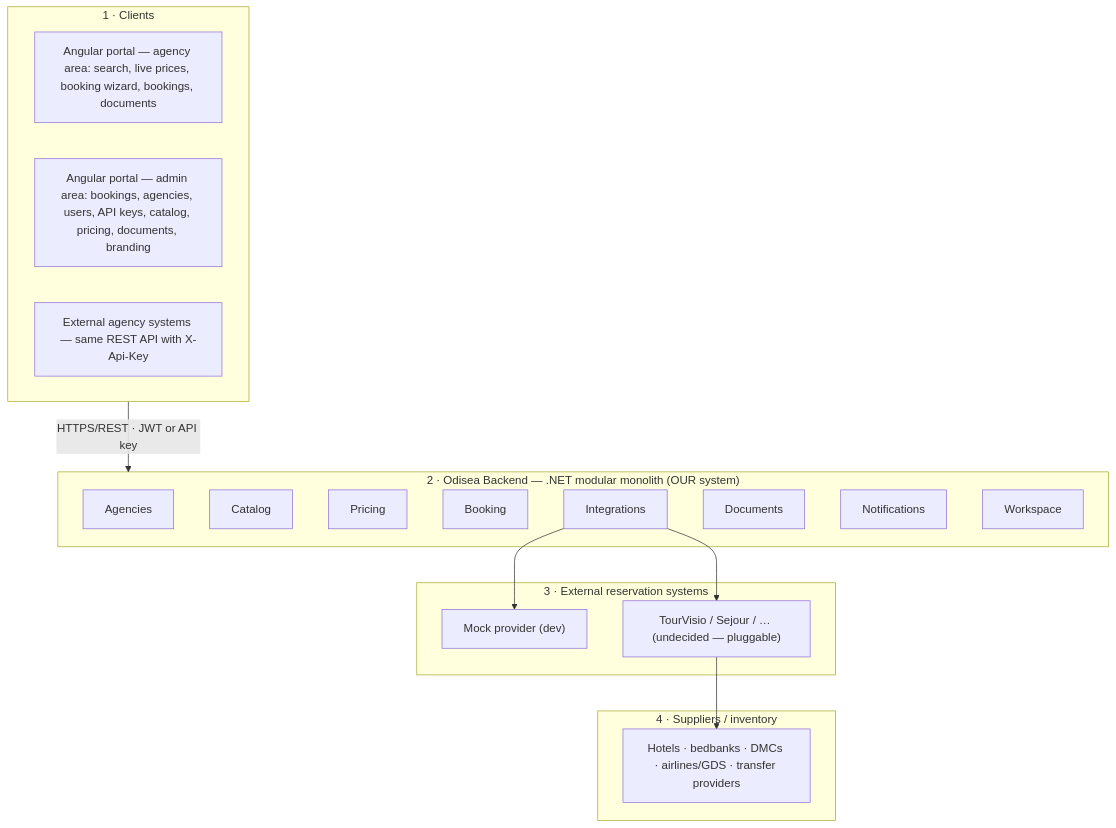
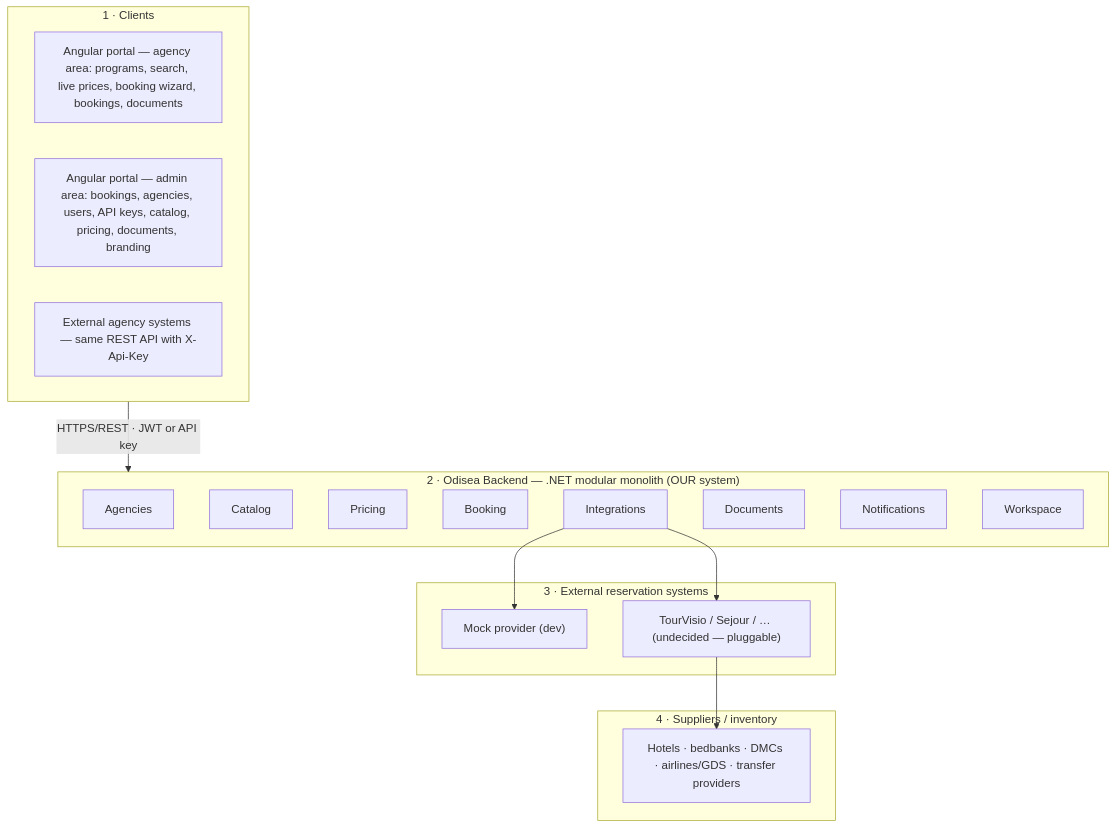
The diagram in docs/ARCHITECTURE.md (odisea-network/odisea), drawn with Mermaid before and after one commit. The commit also changed other lines of this file and 42 other files, not shown here.

First line of the commit message:
feat(portal): program content editor, gallery and agency program pages

````diff
--- a/docs/ARCHITECTURE.md
+++ b/docs/ARCHITECTURE.md
@@ -11,29 +11,29 @@
 ```mermaid
 flowchart TB
     subgraph T1["1 · Clients"]
-        agency["Angular portal — agency area: search, live prices, booking wizard, bookings, documents"]
+        agency["Angular portal — agency area: programs, search, live prices, booking wizard, bookings, documents"]
         admin["Angular portal — admin area: bookings, agencies, users, API keys, catalog, pricing, documents, branding"]
         partner["External agency systems — same REST API with X-Api-Key"]
     end
     subgraph T2["2 · Odisea Backend — .NET modular monolith (OUR system)"]
         AG[Agencies]
         CAT[Catalog]
         PRC[Pricing]
         BKG[Booking]
         INT[Integrations]
         DOC[Documents]
         NTF[Notifications]
         WSP[Workspace]
     end
     subgraph T3["3 · External reservation systems"]
         MOCK["Mock provider (dev)"]
         TV["TourVisio / Sejour / … (undecided — pluggable)"]
     end
     subgraph T4["4 · Suppliers / inventory"]
         SUP["Hotels · bedbanks · DMCs · airlines/GDS · transfer providers"]
     end
     T1 -->|HTTPS/REST · JWT or API key| T2
     INT --> MOCK
     INT --> TV
     TV --> SUP
 ```
````
